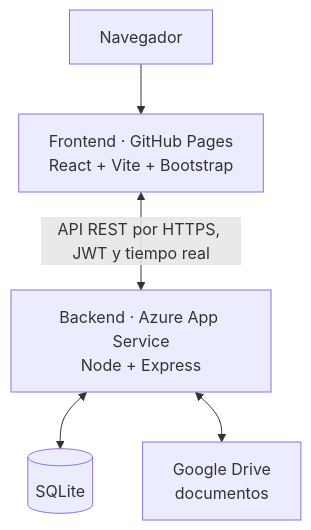
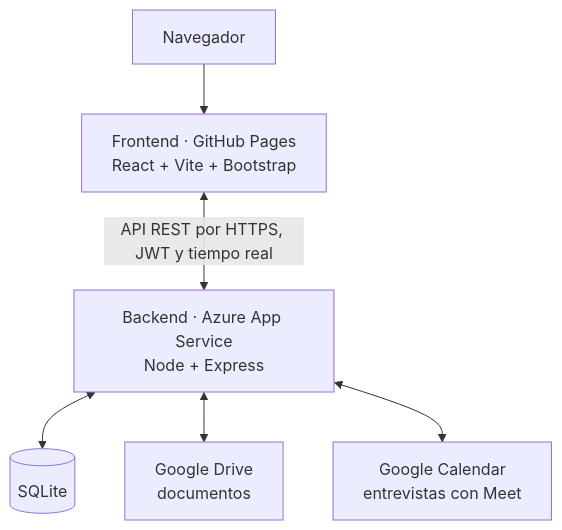
One commit to jesuscardenas-jacv1/Proyecto-AquaChile changed the diagram in README.md. Above: the diagram before and after it, drawn with Mermaid. The commit also changed other lines of this file and 34 other files, not shown here.

First line of the commit message:
feat: reuniones online desde el Planner (Google Meet y Teams)

````diff
--- a/README.md
+++ b/README.md
@@ -57,7 +62,8 @@
 ```mermaid
 flowchart TD
     N[Navegador] --> F["Frontend · GitHub Pages<br/>React + Vite + Bootstrap"]
     F <-->|"API REST por HTTPS, JWT y tiempo real"| B["Backend · Azure App Service<br/>Node + Express"]
     B <--> D[("SQLite")]
     B <--> G["Google Drive<br/>documentos"]
+    B <--> C["Google Calendar<br/>entrevistas con Meet"]
 ```
````
